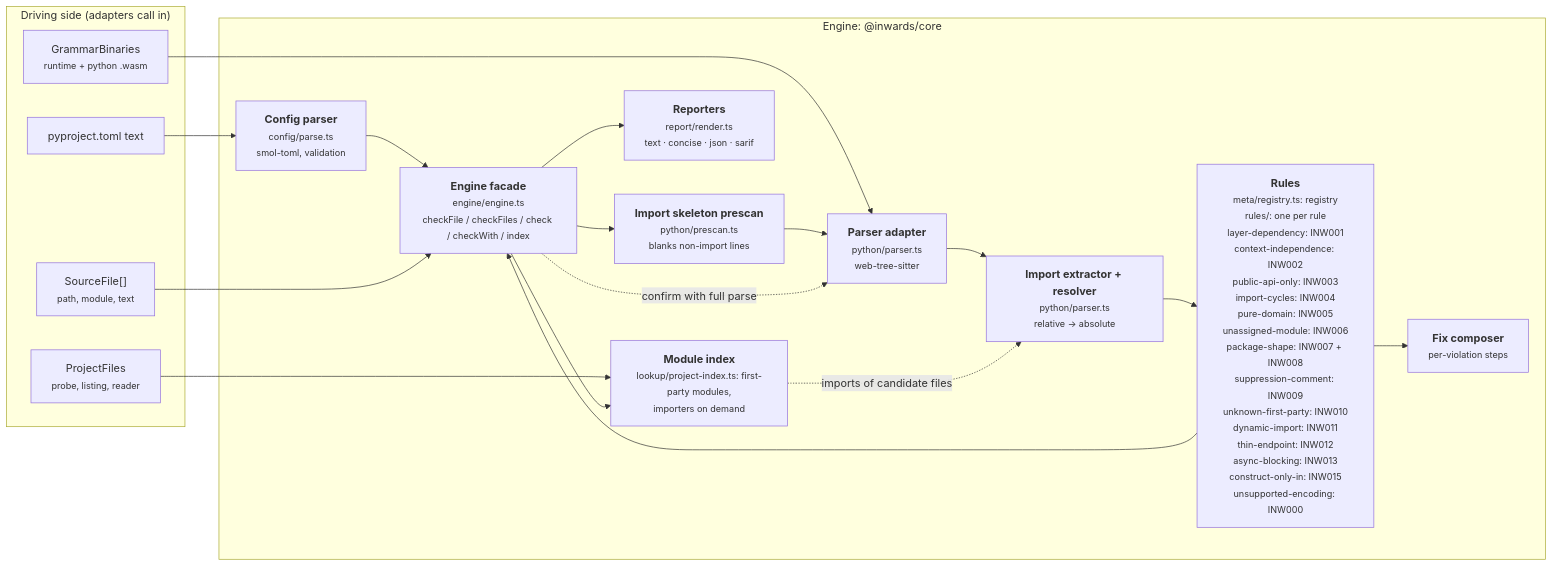
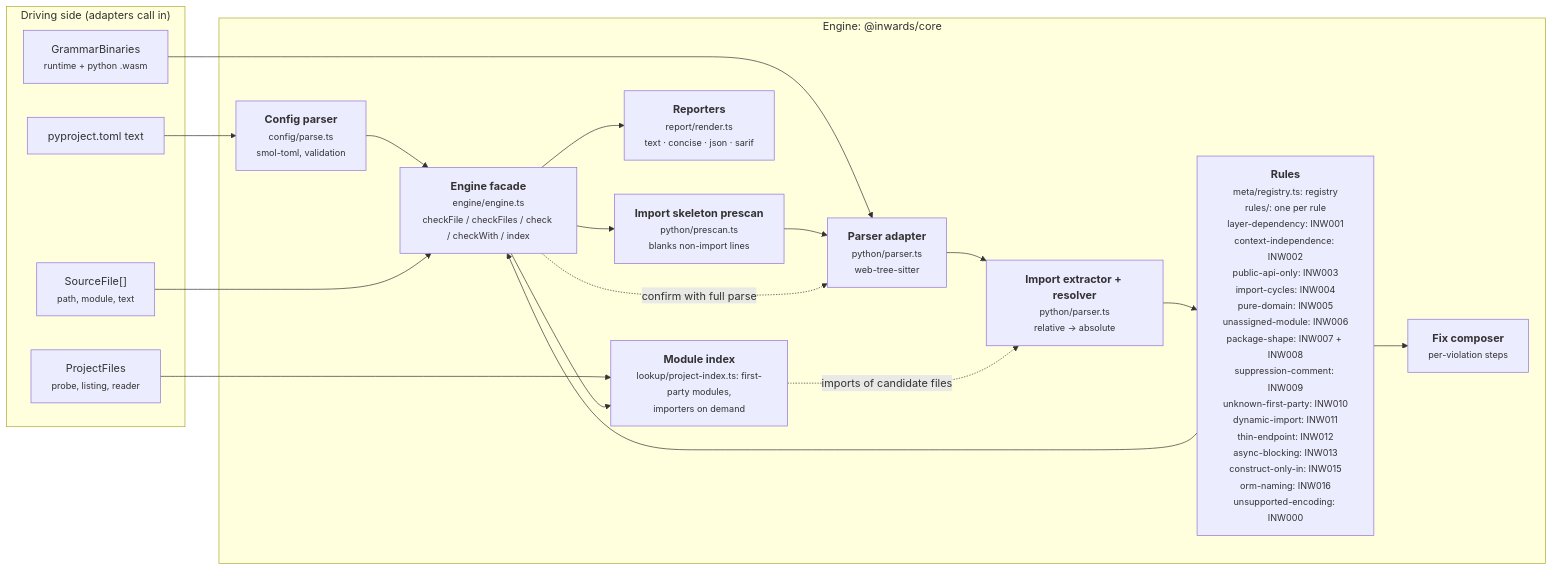
One commit to SirCypkowskyy/inwards changed the third of 6 diagrams in docs/chapters/03-Architecture-C4.md. Above: the diagram before and after it, drawn with Mermaid. The commit also changed other lines of this file and 32 other files, not shown here.

````diff
--- a/docs/chapters/03-Architecture-C4.md
+++ b/docs/chapters/03-Architecture-C4.md
@@ -105,33 +105,33 @@
 ```mermaid
 flowchart LR
     subgraph driving["Driving side (adapters call in)"]
         files["SourceFile[]<br/><small>path, module, text</small>"]
         pfiles["ProjectFiles<br/><small>probe, listing, reader</small>"]
         cfgtext["pyproject.toml text"]
         wasm["GrammarBinaries<br/><small>runtime + python .wasm</small>"]
     end
 
     subgraph enginebox["Engine: @inwards/core"]
         config["<b>Config parser</b><br/><small>config/parse.ts<br/>smol-toml, validation</small>"]
         pre["<b>Import skeleton prescan</b><br/><small>python/prescan.ts<br/>blanks non-import lines</small>"]
         parser["<b>Parser adapter</b><br/><small>python/parser.ts<br/>web-tree-sitter</small>"]
         extract["<b>Import extractor + resolver</b><br/><small>python/parser.ts<br/>relative → absolute</small>"]
-        rules["<b>Rules</b><br/><small>meta/registry.ts: registry<br/>rules/: one per rule<br/>layer-dependency: INW001<br/>context-independence: INW002<br/>public-api-only: INW003<br/>import-cycles: INW004<br/>pure-domain: INW005<br/>unassigned-module: INW006<br/>package-shape: INW007 + INW008<br/>suppression-comment: INW009<br/>unknown-first-party: INW010<br/>dynamic-import: INW011<br/>thin-endpoint: INW012<br/>async-blocking: INW013<br/>construct-only-in: INW015<br/>unsupported-encoding: INW000</small>"]
+        rules["<b>Rules</b><br/><small>meta/registry.ts: registry<br/>rules/: one per rule<br/>layer-dependency: INW001<br/>context-independence: INW002<br/>public-api-only: INW003<br/>import-cycles: INW004<br/>pure-domain: INW005<br/>unassigned-module: INW006<br/>package-shape: INW007 + INW008<br/>suppression-comment: INW009<br/>unknown-first-party: INW010<br/>dynamic-import: INW011<br/>thin-endpoint: INW012<br/>async-blocking: INW013<br/>construct-only-in: INW015<br/>orm-naming: INW016<br/>unsupported-encoding: INW000</small>"]
         fix["<b>Fix composer</b><br/><small>per-violation steps</small>"]
         report["<b>Reporters</b><br/><small>report/render.ts<br/>text · concise · json · sarif</small>"]
         engine["<b>Engine facade</b><br/><small>engine/engine.ts<br/>checkFile / checkFiles / check / checkWith / index</small>"]
         modgraph["<b>Module index</b><br/><small>lookup/project-index.ts: first-party modules,<br/>importers on demand</small>"]
     end
 
     cfgtext --> config --> engine
     wasm --> parser
     files --> engine
     engine --> pre --> parser --> extract --> rules
     rules --> fix
     rules --> engine
     engine -. "confirm with full parse" .-> parser
     pfiles --> modgraph
     engine --> modgraph
     modgraph -. "imports of candidate files" .-> extract
     engine --> report
 ```
````
